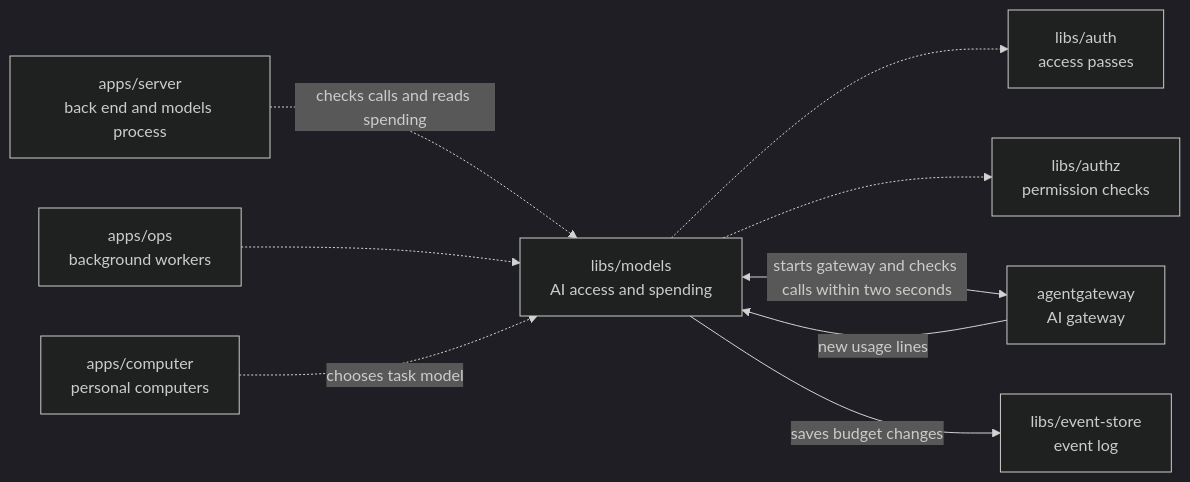
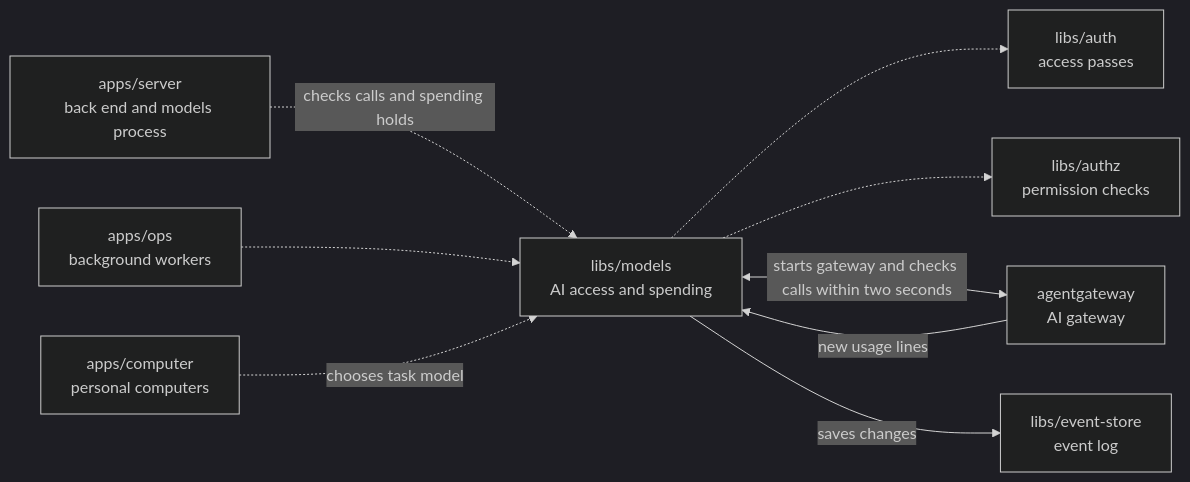
The diagram in libs/models/README.md (elewa-git/opencrane-new), drawn with Mermaid (dark theme) before and after one commit. The commit also changed other lines of this file and 20 other files, not shown here.

````diff
--- a/libs/models/README.md
+++ b/libs/models/README.md
@@ -11,11 +11,11 @@
 ```mermaid
 flowchart LR
-  server["apps/server<br/>back end and models process"] -.->|checks calls and reads spending| models["libs/models<br/>AI access and spending"]
+  server["apps/server<br/>back end and models process"] -.->|checks calls and spending holds| models["libs/models<br/>AI access and spending"]
   ops["apps/ops<br/>background workers"] -.-> models
   computer["apps/computer<br/>personal computers"] -.->|chooses task model| models
   models -.-> auth["libs/auth<br/>access passes"]
   models -.-> authz["libs/authz<br/>permission checks"]
   models <-->|starts gateway and checks calls within two seconds| gateway["agentgateway<br/>AI gateway"]
   gateway -->|new usage lines| models
-  models -->|saves budget changes| store["libs/event-store<br/>event log"]
+  models -->|saves changes| store["libs/event-store<br/>event log"]
 ```
````
